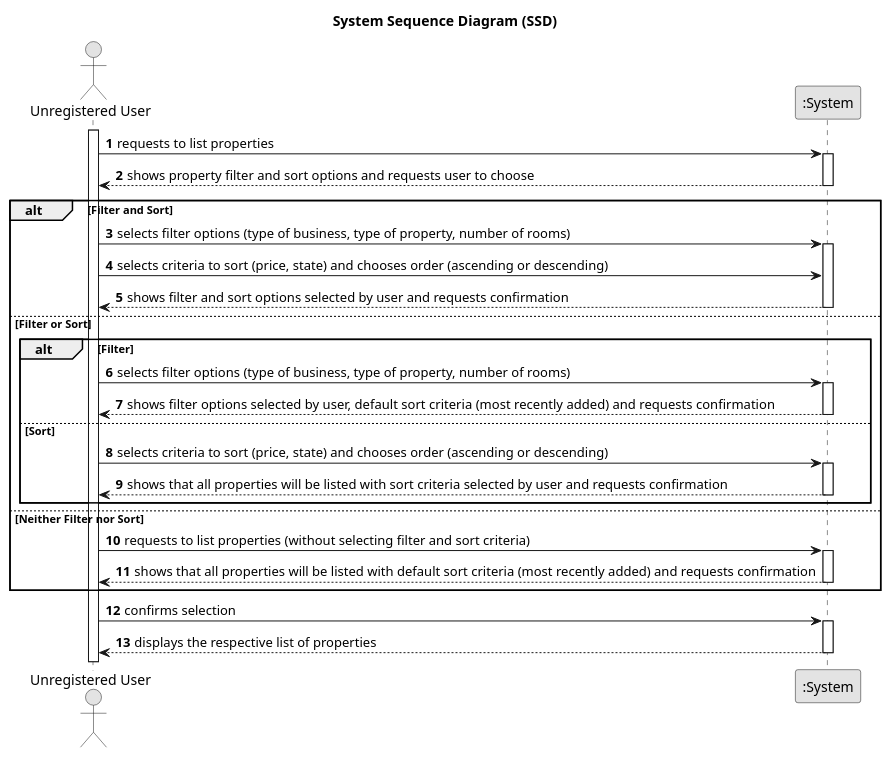
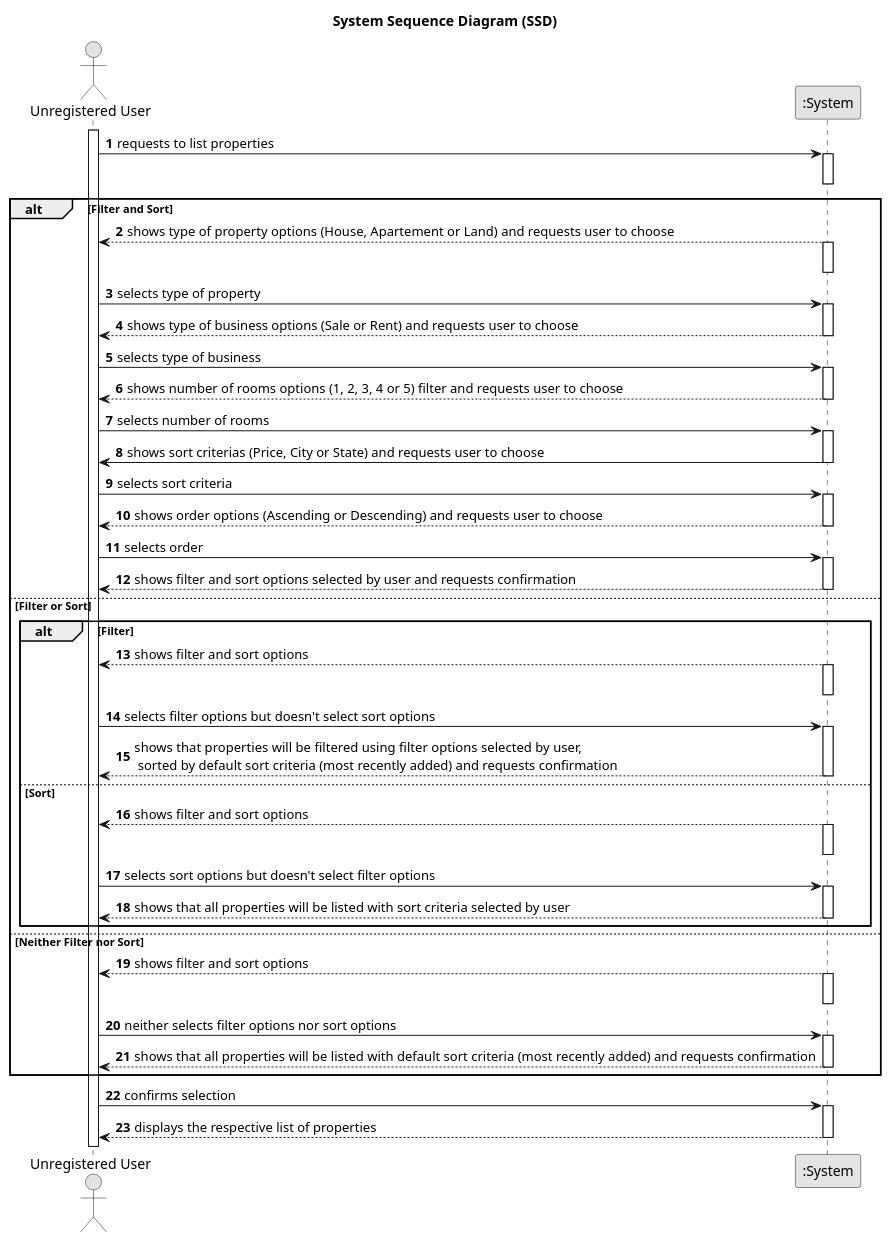
The diagram in docs/sprintB/us001/01.requirements-engineering/puml/us001-system-sequence-diagram.puml (Goncalves2525/real-estate-management-system), drawn with PlantUML before and after one commit. The commit also changed 5 other files, not shown here.

```diff
--- a/docs/sprintB/us001/01.requirements-engineering/puml/us001-system-sequence-diagram.puml
+++ b/docs/sprintB/us001/01.requirements-engineering/puml/us001-system-sequence-diagram.puml
@@ -1,65 +1,105 @@
 @startuml
 skinparam monochrome true
 skinparam packageStyle rectangle
 skinparam shadowing false
 
 title System Sequence Diagram (SSD)
 
 autonumber
 
 actor "Unregistered User" as User
 participant ":System" as System
 
 activate User
 
     User -> System : requests to list properties
     activate System
-
-    System --> User : shows property filter and sort options and requests user to choose
     deactivate System
 
+
     alt Filter and Sort
-        User -> System : selects filter options (type of business, type of property, number of rooms)
+
+        System --> User : shows type of property options (House, Apartement or Land) and requests user to choose
+        activate System
+        deactivate System
+
+        User -> System : selects type of property
         activate System
 
-        User -> System : selects criteria to sort (price, state) and chooses order (ascending or descending)
+        System --> User : shows type of business options (Sale or Rent) and requests user to choose
+        deactivate System
+
+        User -> System : selects type of business
+        activate System
+
+        System --> User : shows number of rooms options (1, 2, 3, 4 or 5) filter and requests user to choose
+        deactivate System
+
+        User -> System : selects number of rooms
+        activate System
+
+        System -> User : shows sort criterias (Price, City or State) and requests user to choose
+        deactivate System
+
+        User -> System : selects sort criteria
+        activate System
+
+        System --> User : shows order options (Ascending or Descending) and requests user to choose
+        deactivate System
+
+        User -> System : selects order
+        activate System
+
         System --> User : shows filter and sort options selected by user and requests confirmation
         deactivate System
 
     else Filter or Sort
 
         alt Filter
-            User -> System : selects filter options (type of business, type of property, number of rooms)
+
+            System --> User : shows filter and sort options
+            activate System
+            deactivate System
+
+            User -> System : selects filter options but doesn't select sort options
             activate System
 
-            System --> User : shows filter options selected by user, default sort criteria (most recently added) and requests confirmation
+            System --> User : shows that properties will be filtered using filter options selected by user, \n sorted by default sort criteria (most recently added) and requests confirmation
+            deactivate System
+        else Sort
+            System --> User : shows filter and sort options
+            activate System
             deactivate System
 
-        else Sort
-            User -> System : selects criteria to sort (price, state) and chooses order (ascending or descending)
+            User -> System : selects sort options but doesn't select filter options
             activate System
 
-            System --> User : shows that all properties will be listed with sort criteria selected by user and requests confirmation
+            System --> User : shows that all properties will be listed with sort criteria selected by user
             deactivate System
         end
 
 
     else Neither Filter nor Sort
-        User -> System : requests to list properties (without selecting filter and sort criteria)
+        System --> User : shows filter and sort options
+        activate System
+        deactivate System
+
+        User -> System : neither selects filter options nor sort options
         activate System
 
         System --> User : shows that all properties will be listed with default sort criteria (most recently added) and requests confirmation
         deactivate System
+
 
     end
 
     User -> System : confirms selection
     activate System
 
     System --> User : displays the respective list of properties
     deactivate System
 
 
 
 
 @enduml
```
